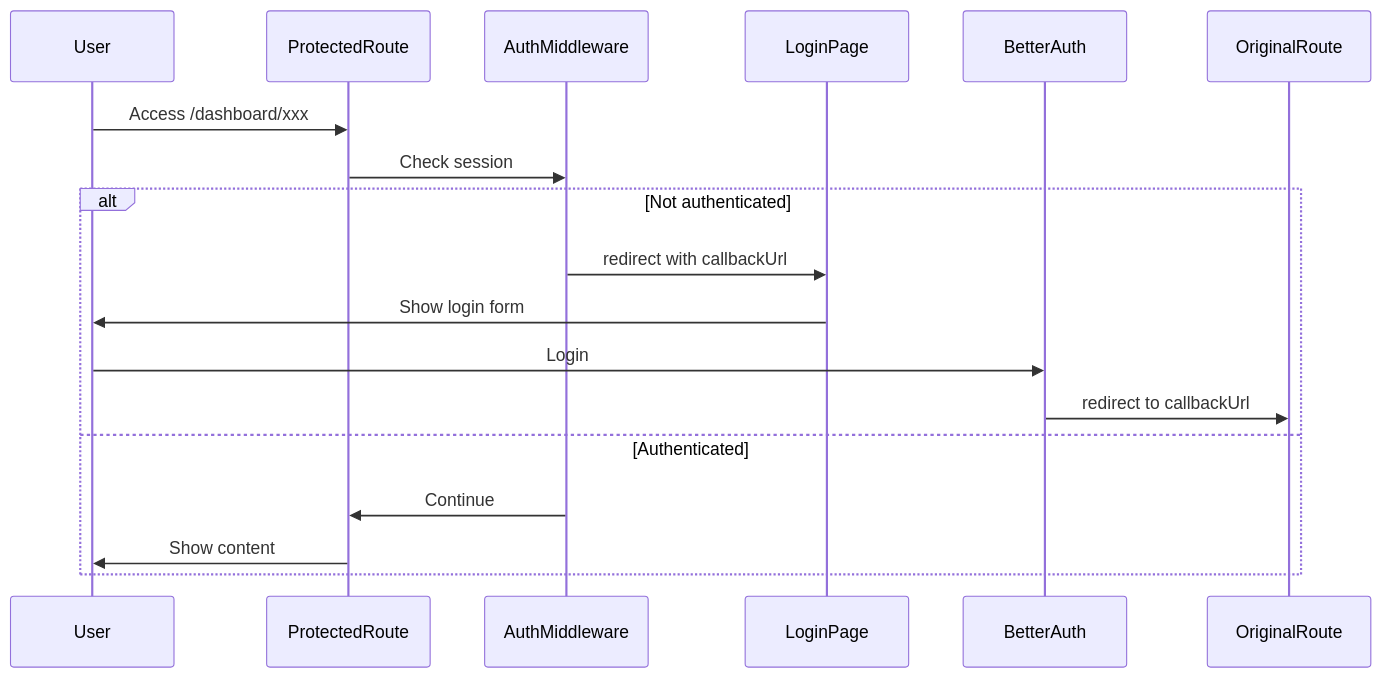
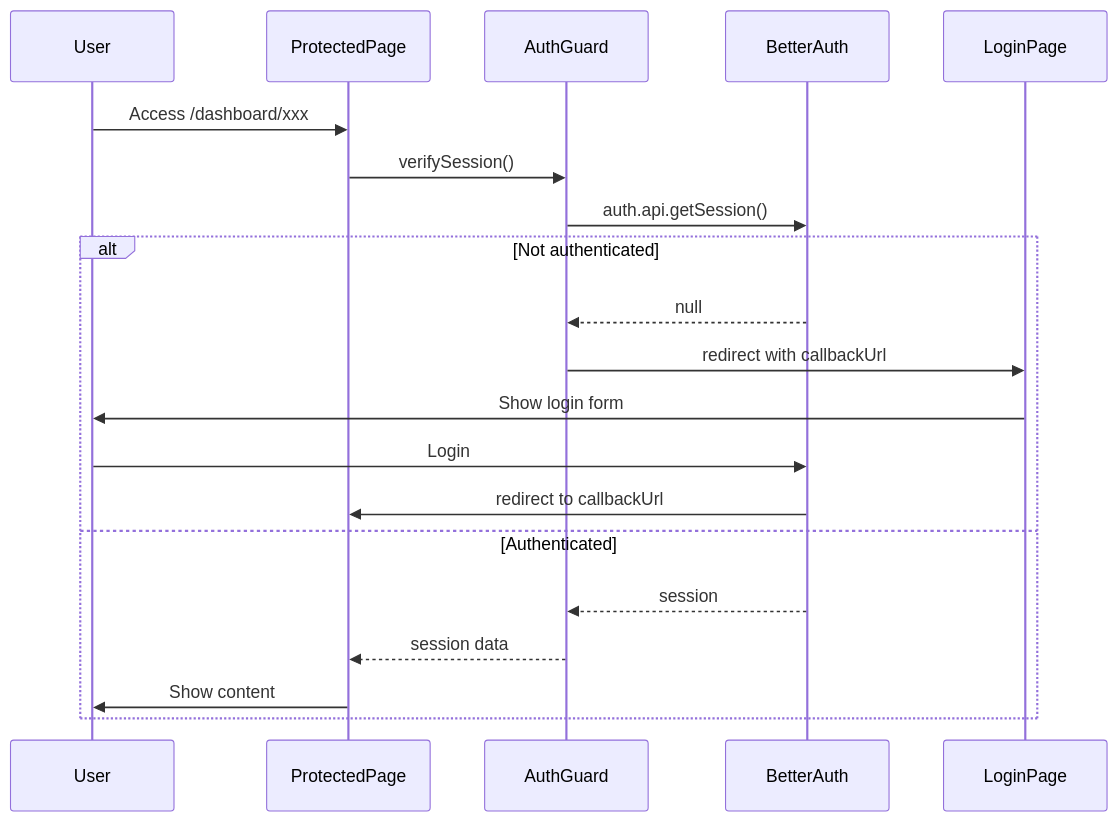
One commit to YasuakiOmokawa/taimei changed the fourth of 4 diagrams in .kiro/specs/fix-auth-hook/design.md. Above: the diagram before and after it, drawn with Mermaid. The commit also changed other lines of this file and 1 other file, not shown here.

First line of the commit message:
docs(spec): fix-auth-hook 設計レビューに基づいて Auth Guard パターンに更新

````diff
--- a/.kiro/specs/fix-auth-hook/design.md
+++ b/.kiro/specs/fix-auth-hook/design.md
@@ -142,21 +131,23 @@
 ```mermaid
 sequenceDiagram
     participant User
-    participant ProtectedRoute
-    participant AuthMiddleware
+    participant ProtectedPage
+    participant AuthGuard
+    participant BetterAuth
     participant LoginPage
-    participant BetterAuth
-    participant OriginalRoute
 
-    User->>ProtectedRoute: Access /dashboard/xxx
-    ProtectedRoute->>AuthMiddleware: Check session
+    User->>ProtectedPage: Access /dashboard/xxx
+    ProtectedPage->>AuthGuard: verifySession()
+    AuthGuard->>BetterAuth: auth.api.getSession()
     alt Not authenticated
-        AuthMiddleware->>LoginPage: redirect with callbackUrl
+        BetterAuth-->>AuthGuard: null
+        AuthGuard->>LoginPage: redirect with callbackUrl
         LoginPage->>User: Show login form
         User->>BetterAuth: Login
-        BetterAuth->>OriginalRoute: redirect to callbackUrl
+        BetterAuth->>ProtectedPage: redirect to callbackUrl
     else Authenticated
-        AuthMiddleware->>ProtectedRoute: Continue
-        ProtectedRoute->>User: Show content
+        BetterAuth-->>AuthGuard: session
+        AuthGuard-->>ProtectedPage: session data
+        ProtectedPage->>User: Show content
     end
 ```
````
